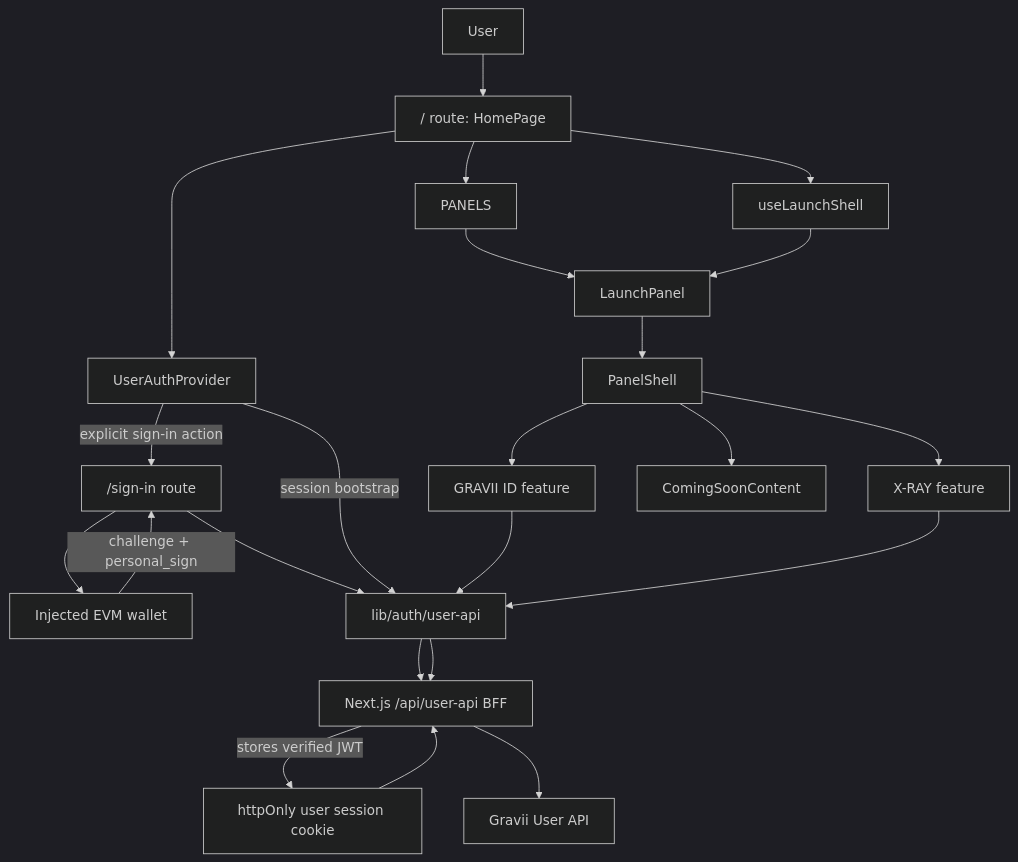
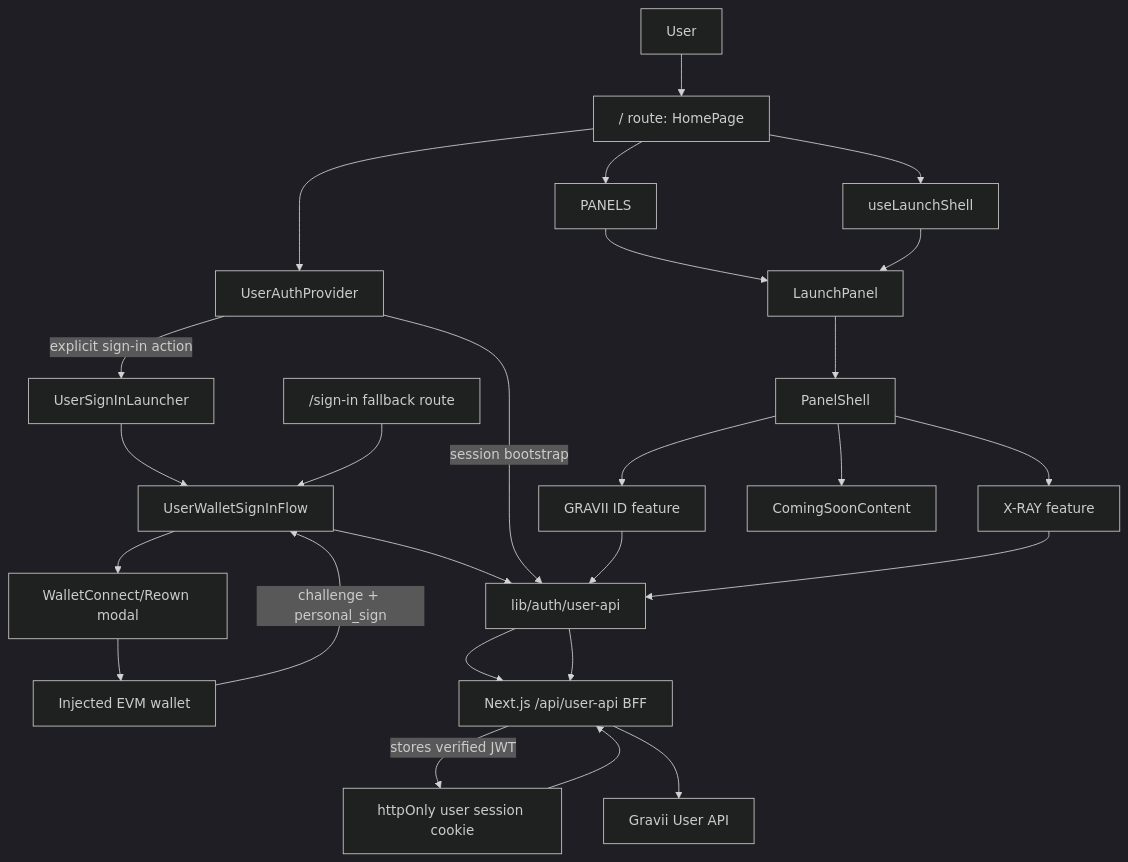
The diagram in apps/gravii-user-app/docs/codebase/current-project-analysis.md (Gravii-Dev/gravii-frontend), drawn with Mermaid (dark theme) before and after one commit. The commit also changed other lines of this file and 48 other files, not shown here.

````diff
--- a/apps/gravii-user-app/docs/codebase/current-project-analysis.md
+++ b/apps/gravii-user-app/docs/codebase/current-project-analysis.md
@@ -43,42 +43,48 @@
 ```mermaid
 flowchart TD
   User["User"]
   Wallet["Injected EVM wallet"]
-  SignIn["/sign-in route"]
+  WalletModal["WalletConnect/Reown modal"]
+  SignInFallback["/sign-in fallback route"]
   AuthProvider["UserAuthProvider"]
+  SignInLauncher["UserSignInLauncher"]
+  WalletFlow["UserWalletSignInFlow"]
   Home["/ route: HomePage"]
   Shell["useLaunchShell"]
   PanelConfig["PANELS"]
   LaunchPanel["LaunchPanel"]
   PanelShell["PanelShell"]
   Profile["GRAVII ID feature"]
   XRay["X-RAY feature"]
   ComingSoon["ComingSoonContent"]
   UserApi["lib/auth/user-api"]
   Bff["Next.js /api/user-api BFF"]
   SessionCookie["httpOnly user session cookie"]
   Backend["Gravii User API"]
 
   User --> Home
   Home --> AuthProvider
-  AuthProvider -->|explicit sign-in action| SignIn
-  SignIn --> Wallet
-  Wallet -->|challenge + personal_sign| SignIn
-  SignIn --> UserApi
+  AuthProvider -->|explicit sign-in action| SignInLauncher
+  SignInLauncher --> WalletFlow
+  WalletFlow --> WalletModal
+  WalletModal --> Wallet
+  Wallet -->|challenge + personal_sign| WalletFlow
+  SignInFallback --> WalletFlow
+  WalletFlow --> UserApi
   UserApi --> Bff
   Bff -->|stores verified JWT| SessionCookie
   AuthProvider -->|session bootstrap| UserApi
   Home --> Shell
   Home --> PanelConfig
   PanelConfig --> LaunchPanel
   Shell --> LaunchPanel
   LaunchPanel --> PanelShell
   PanelShell --> Profile
   PanelShell --> XRay
   PanelShell --> ComingSoon
   Profile --> UserApi
   XRay --> UserApi
   UserApi --> Bff
   SessionCookie --> Bff
   Bff --> Backend
 ```
````
